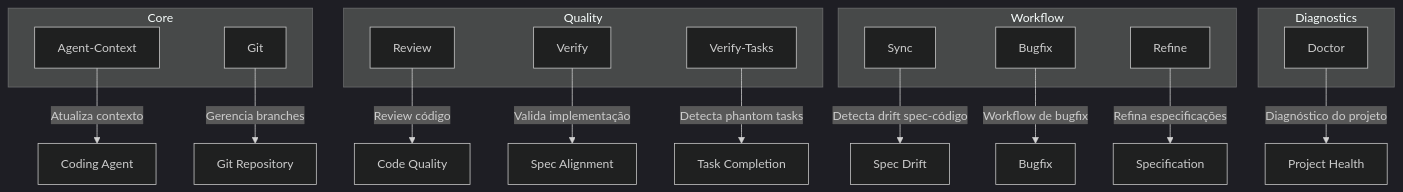
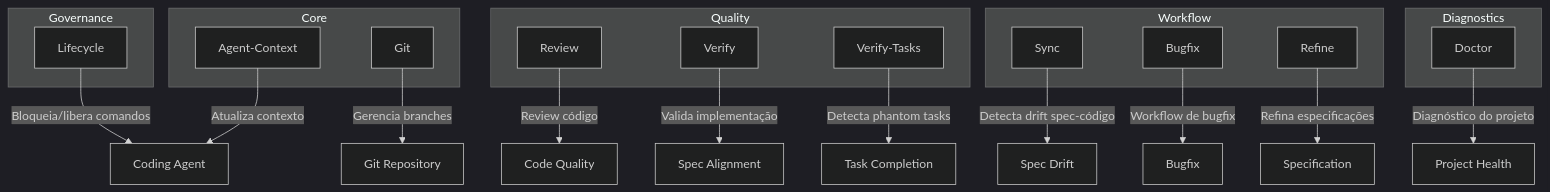
The third of 10 diagrams in README.md (wagner-sousa/spec-kit-docker), drawn with Mermaid (dark theme) before and after one commit. The commit also changed other lines of this file and 13 other files, not shown here.

First line of the commit message:
feat: add lifecycle extension for spec phase-gating

````diff
--- a/README.md
+++ b/README.md
@@ -91,33 +91,38 @@
 ```mermaid
 graph TB
     subgraph "Core"
         A[Agent-Context]
         B[Git]
     end
 
     subgraph "Quality"
         C[Review]
         D[Verify]
         E[Verify-Tasks]
     end
 
     subgraph "Workflow"
         F[Sync]
         G[Bugfix]
         H[Refine]
     end
 
+    subgraph "Governance"
+        J[Lifecycle]
+    end
+
     subgraph "Diagnostics"
         I[Doctor]
     end
 
-    A -->|Atualiza contexto| J[Coding Agent]
-    B -->|Gerencia branches| K[Git Repository]
-    C -->|Review código| L[Code Quality]
-    D -->|Valida implementação| M[Spec Alignment]
-    E -->|Detecta phantom tasks| N[Task Completion]
-    F -->|Detecta drift spec-código| O[Spec Drift]
-    G -->|Workflow de bugfix| P[Bugfix]
-    H -->|Refina especificações| Q[Specification]
-    I -->|Diagnóstico do projeto| R[Project Health]
+    A -->|Atualiza contexto| L[Coding Agent]
+    B -->|Gerencia branches| M[Git Repository]
+    C -->|Review código| N[Code Quality]
+    D -->|Valida implementação| O[Spec Alignment]
+    E -->|Detecta phantom tasks| P[Task Completion]
+    F -->|Detecta drift spec-código| Q[Spec Drift]
+    G -->|Workflow de bugfix| R[Bugfix]
+    H -->|Refina especificações| S[Specification]
+    J -->|Bloqueia/libera comandos| L
+    I -->|Diagnóstico do projeto| T[Project Health]
 ```
````
